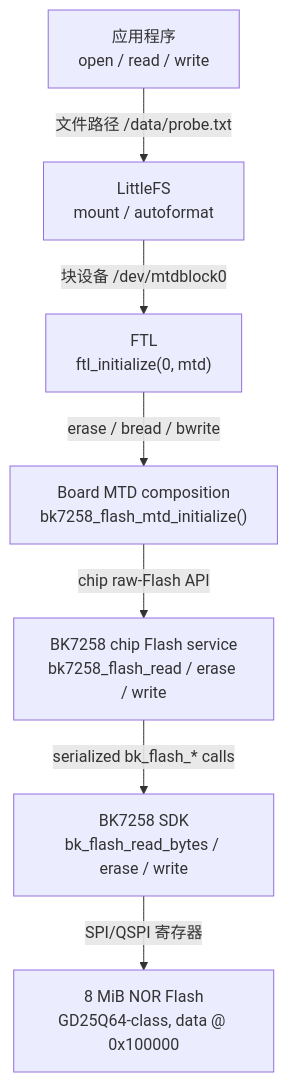
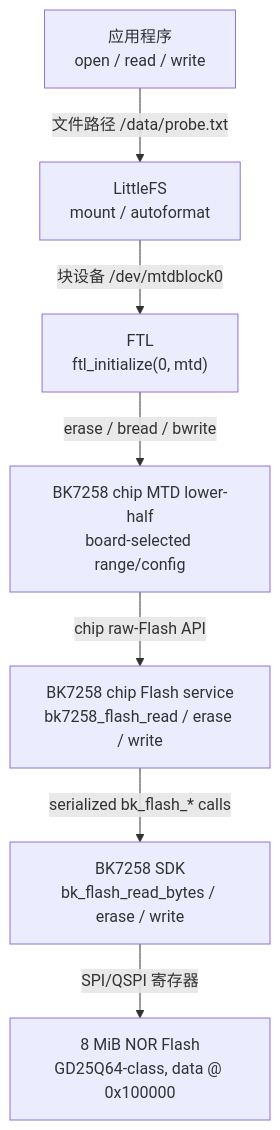
One commit to Embracecactus/contest2026_135_yongwangzhiqian changed the diagram in docs/learning/bk7258/40-subsystems/flash-mtd-filesystem/01-mental-model.md. Above: the diagram before and after it, drawn with Mermaid. The commit also changed other lines of this file and 4 other files, not shown here.

````diff
--- a/docs/learning/bk7258/40-subsystems/flash-mtd-filesystem/01-mental-model.md
+++ b/docs/learning/bk7258/40-subsystems/flash-mtd-filesystem/01-mental-model.md
@@ -42,17 +42,17 @@
 ```mermaid
 flowchart TD
     APP["应用程序<br/>open / read / write"]
     LFS["LittleFS<br/>mount / autoformat"]
     FTL["FTL<br/>ftl_initialize(0, mtd)"]
-    MTD["Board MTD composition<br/>bk7258_flash_mtd_initialize()"]
+    MTD["BK7258 chip MTD lower-half<br/>board-selected range/config"]
     CHIP["BK7258 chip Flash service<br/>bk7258_flash_read / erase / write"]
     SDK["BK7258 SDK<br/>bk_flash_read_bytes / erase / write"]
     HW["8 MiB NOR Flash<br/>GD25Q64-class, data @ 0x100000"]
 
     APP -->|"文件路径 /data/probe.txt"| LFS
     LFS -->|"块设备 /dev/mtdblock0"| FTL
     FTL -->|"erase / bread / bwrite"| MTD
     MTD -->|"chip raw-Flash API"| CHIP
     CHIP -->|"serialized bk_flash_* calls"| SDK
     SDK -->|"SPI/QSPI 寄存器"| HW
 ```
````
